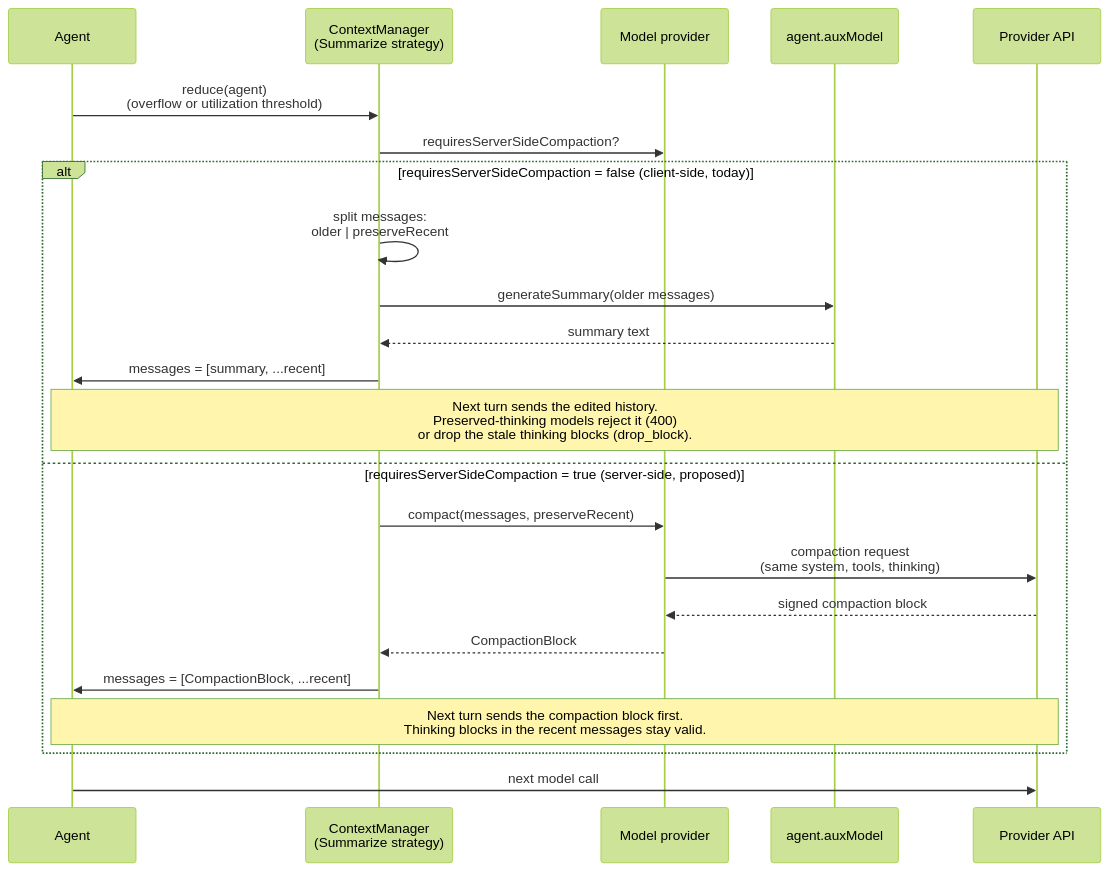
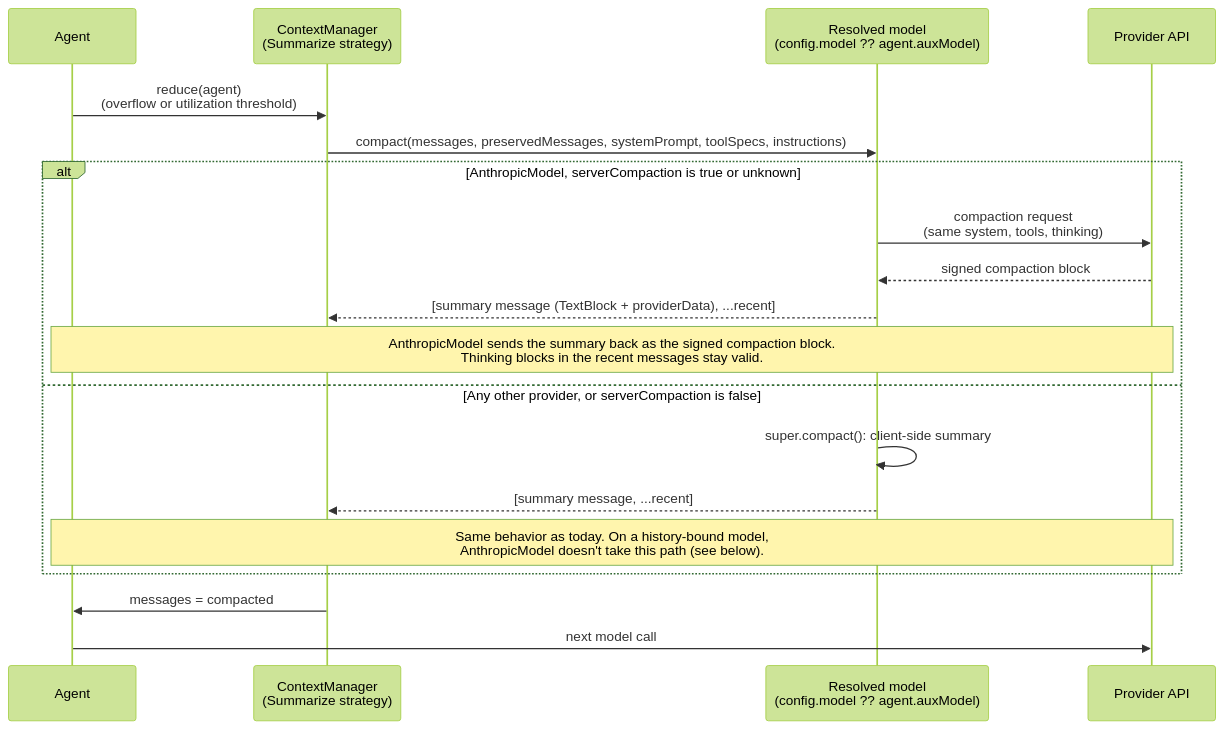
Before and after one commit to jimbrub/sdk-python: the diagram in team/designs/0022-server-side-compaction-support.md, drawn with Mermaid (forest theme). The commit also changed other lines of this file, not shown here.

Commit message:
docs(designs): gate server-side compaction through an overridable Model.compact() and model metadata

````diff
--- a/team/designs/0022-server-side-compaction-support.md
+++ b/team/designs/0022-server-side-compaction-support.md
@@ -82,28 +65,24 @@
 ```mermaid
 sequenceDiagram
     participant Agent
     participant CM as ContextManager<br/>(Summarize strategy)
-    participant Model as Model provider
-    participant Aux as agent.auxModel
+    participant Model as Resolved model<br/>(config.model ?? agent.auxModel)
     participant API as Provider API
 
     Agent->>CM: reduce(agent)<br/>(overflow or utilization threshold)
-    CM->>Model: requiresServerSideCompaction?
+    CM->>Model: compact(messages, preservedMessages, systemPrompt, toolSpecs, instructions)
 
-    alt requiresServerSideCompaction = false (client-side, today)
-        CM->>CM: split messages:<br/>older | preserveRecent
-        CM->>Aux: generateSummary(older messages)
-        Aux-->>CM: summary text
-        CM->>Agent: messages = [summary, ...recent]
-        Note over Agent,API: Next turn sends the edited history.<br/>Preserved-thinking models reject it (400)<br/>or drop the stale thinking blocks (drop_block).
-    else requiresServerSideCompaction = true (server-side, proposed)
-        CM->>Model: compact(messages, preserveRecent)
+    alt AnthropicModel, serverCompaction is true or unknown
         Model->>API: compaction request<br/>(same system, tools, thinking)
         API-->>Model: signed compaction block
-        Model-->>CM: CompactionBlock
-        CM->>Agent: messages = [CompactionBlock, ...recent]
-        Note over Agent,API: Next turn sends the compaction block first.<br/>Thinking blocks in the recent messages stay valid.
+        Model-->>CM: [summary message (TextBlock + providerData), ...recent]
+        Note over Agent,API: AnthropicModel sends the summary back as the signed compaction block.<br/>Thinking blocks in the recent messages stay valid.
+    else Any other provider, or serverCompaction is false
+        Model->>Model: super.compact(): client-side summary
+        Model-->>CM: [summary message, ...recent]
+        Note over Agent,API: Same behavior as today. On a history-bound model,<br/>AnthropicModel doesn't take this path (see below).
     end
 
+    CM->>Agent: messages = compacted
     Agent->>API: next model call
 ```
````
